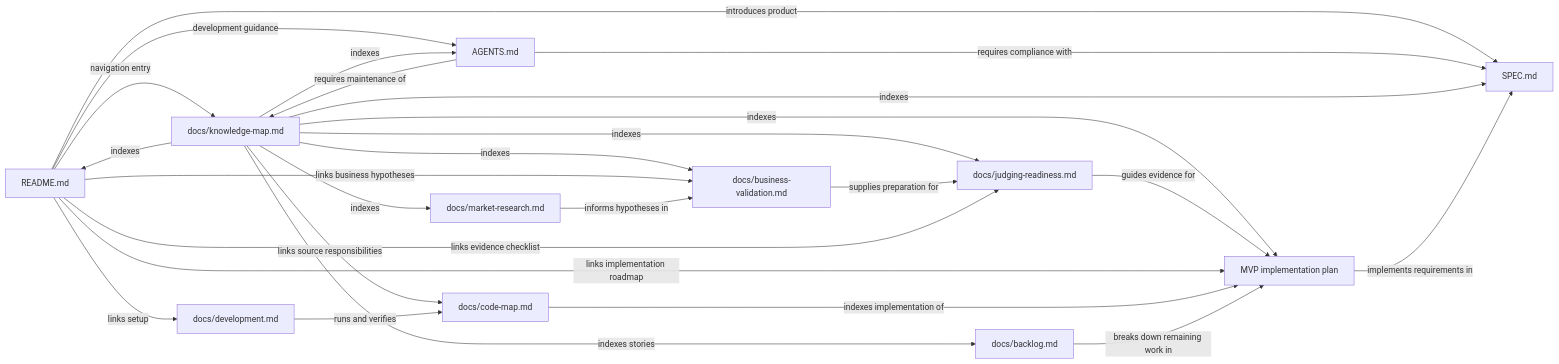
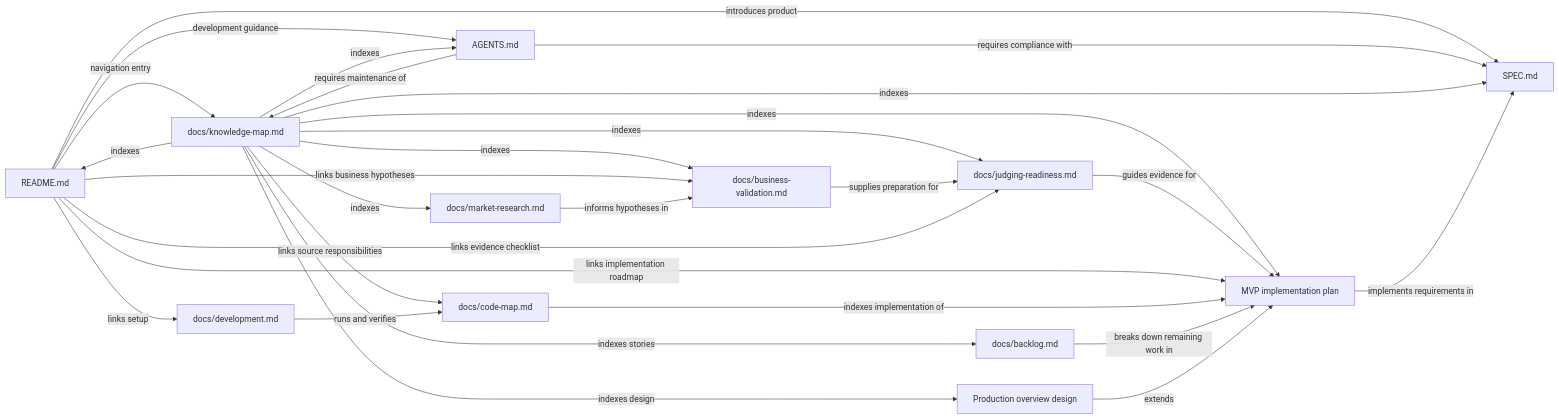
Before and after one commit to DuztyMusketear/Print_Assist: the diagram in docs/knowledge-map.md, drawn with Mermaid. The commit also changed other lines of this file and 1 other file, not shown here.

Commit message:
Design production overview and virtual printers

````diff
--- a/docs/knowledge-map.md
+++ b/docs/knowledge-map.md
@@ -11,28 +11,30 @@
 ```mermaid
 graph LR
     README["README.md"] -->|introduces product| SPEC["SPEC.md"]
     README -->|navigation entry| MAP["docs/knowledge-map.md"]
     README -->|development guidance| RULES["AGENTS.md"]
     RULES -->|requires compliance with| SPEC
     RULES -->|requires maintenance of| MAP
     MAP -->|indexes| README
     MAP -->|indexes| SPEC
     MAP -->|indexes| RULES
     PLAN["MVP implementation plan"] -->|implements requirements in| SPEC
     MAP -->|indexes| PLAN
     JUDGING["docs/judging-readiness.md"] -->|guides evidence for| PLAN
     MAP -->|indexes| JUDGING
     BUSINESS["docs/business-validation.md"] -->|supplies preparation for| JUDGING
     MAP -->|indexes| BUSINESS
     README -->|links implementation roadmap| PLAN
     README -->|links evidence checklist| JUDGING
     README -->|links business hypotheses| BUSINESS
     RESEARCH["docs/market-research.md"] -->|informs hypotheses in| BUSINESS
     MAP -->|indexes| RESEARCH
     CODE["docs/code-map.md"] -->|indexes implementation of| PLAN
     MAP -->|links source responsibilities| CODE
     DEV["docs/development.md"] -->|runs and verifies| CODE
     README -->|links setup| DEV
     BACKLOG["docs/backlog.md"] -->|breaks down remaining work in| PLAN
     MAP -->|indexes stories| BACKLOG
+    DESIGN["Production overview design"] -->|extends| PLAN
+    MAP -->|indexes design| DESIGN
 ```
````
